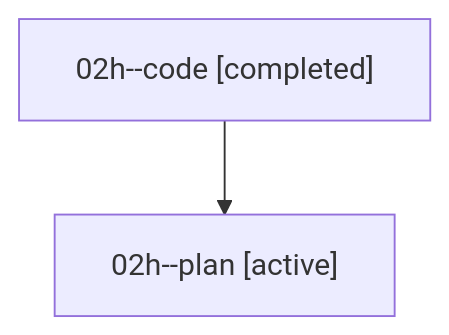
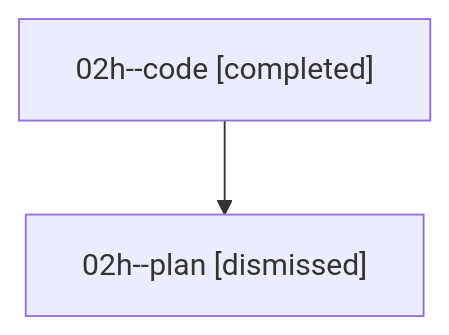
Before and after one commit to bobs-org/bob-cli--agents: the diagram in sessions/bbugyi200.athena.02h.md, drawn with Mermaid. The commit also changed other lines of this file and 27 other files, not shown here.

````diff
--- a/sessions/bbugyi200.athena.02h.md
+++ b/sessions/bbugyi200.athena.02h.md
@@ -9,6 +9,6 @@
 ```mermaid
 flowchart TD
   n0["02h--code [completed]"]
-  n1["02h--plan [active]"]
+  n1["02h--plan [dismissed]"]
   n0 --> n1
 ```
````
